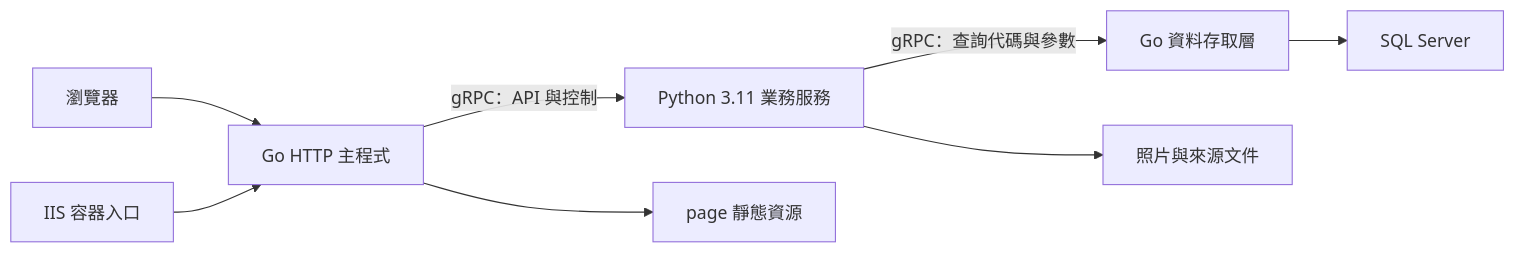
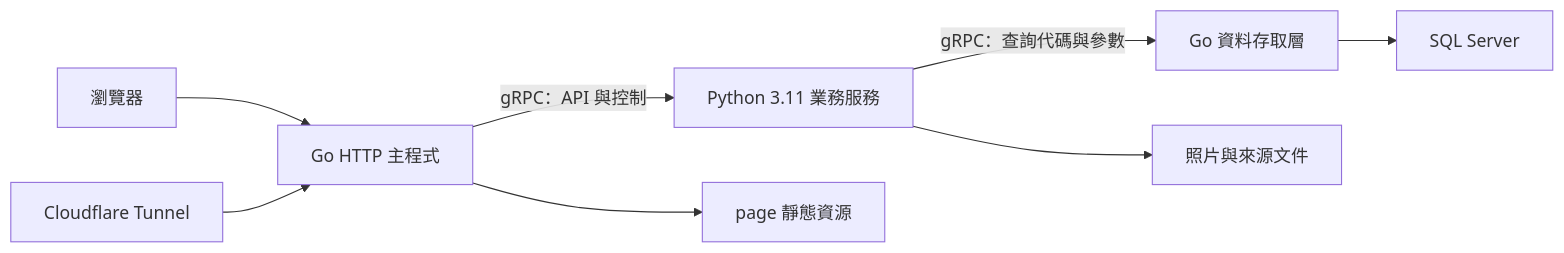
One commit to x16472/erp_site changed the diagram in Readme.md. Above: the diagram before and after it, drawn with Mermaid. The commit also changed other lines of this file and 9 other files, not shown here.

Commit message:
feat: 更新專案架構，將部署改為 OMV 上的 Alpine Linux 容器，並整合 Cloudflare Tunnel，新增 Jenkins pipeline 配置

````diff
--- a/Readme.md
+++ b/Readme.md
@@ -36,10 +36,10 @@
 ```mermaid
 flowchart LR
     Browser[瀏覽器] --> Go[Go HTTP 主程式]
-    IIS[IIS 容器入口] --> Go
+    Cloudflare[Cloudflare Tunnel] --> Go
     Go -->|gRPC：API 與控制| Python[Python 3.11 業務服務]
     Python -->|gRPC：查詢代碼與參數| DB[Go 資料存取層]
     DB --> SQL[SQL Server]
     Go --> Pages[page 靜態資源]
     Python --> Files[照片與來源文件]
 ```
````
